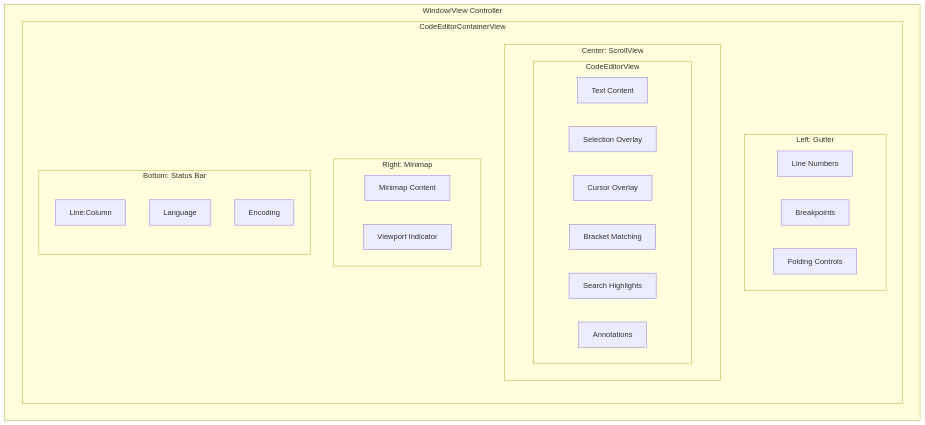
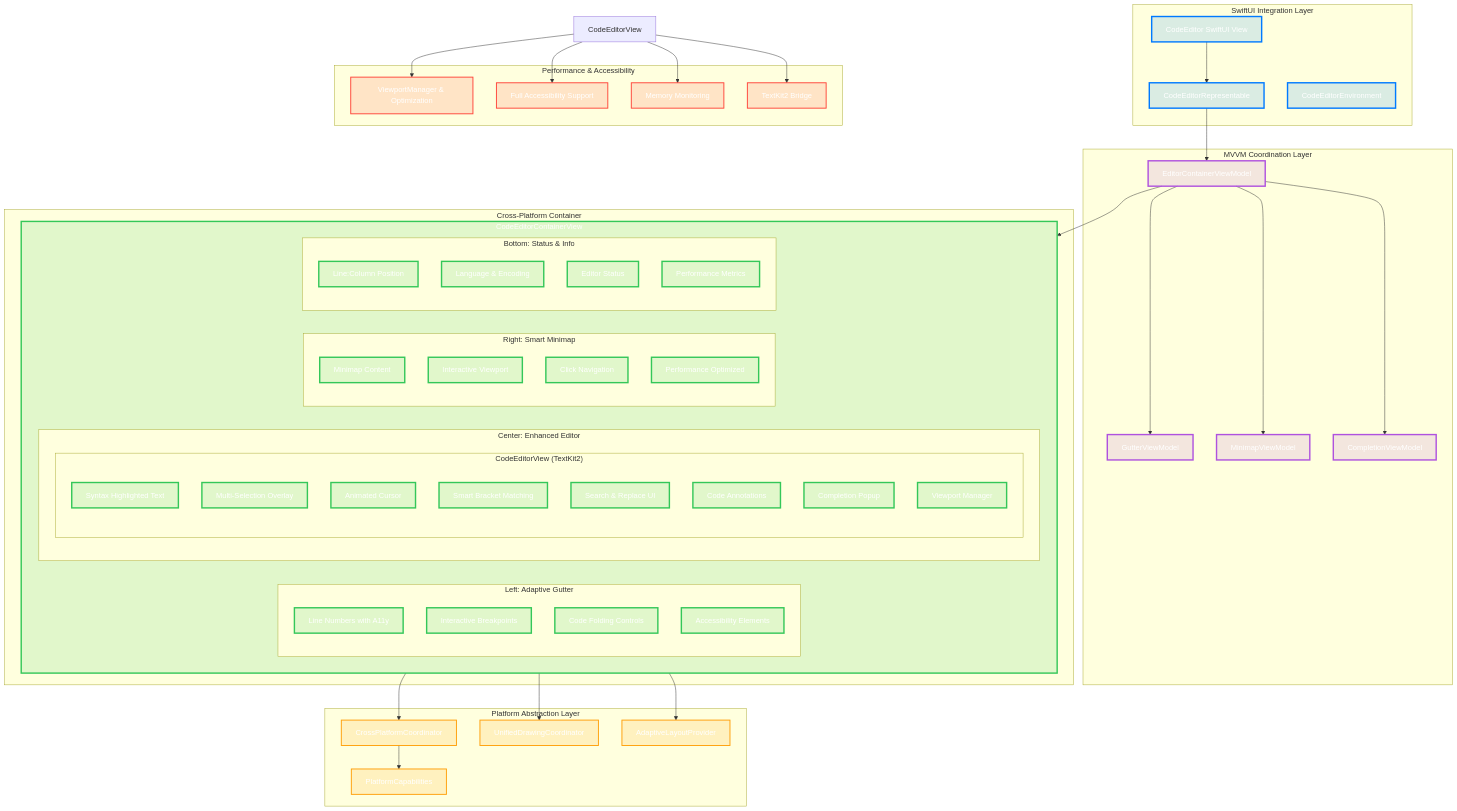
The second of 2 diagrams in Diagrams/10-ui-component-hierarchy.md (ajmcclary/CodeEditorKit), drawn with Mermaid before and after one commit. The commit also changed other lines of this file and 29 other files, not shown here.

First line of the commit message:
Enhance architecture documentation and add debugging integration

````diff
--- a/Diagrams/10-ui-component-hierarchy.md
+++ b/Diagrams/10-ui-component-hierarchy.md
@@ -222,41 +364,98 @@
 ```mermaid
 graph TB
-    subgraph "Window/View Controller"
+    subgraph "SwiftUI Integration Layer"
+        CE[CodeEditor SwiftUI View]
+        CER[CodeEditorRepresentable]
+        ENV[CodeEditorEnvironment]
+    end
+    
+    subgraph "MVVM Coordination Layer"
+        ECVM[EditorContainerViewModel]
+        GVM[GutterViewModel]
+        MVM[MinimapViewModel]
+        CVM[CompletionViewModel]
+    end
+    
+    subgraph "Cross-Platform Container"
         subgraph "CodeEditorContainerView"
-            subgraph "Left: Gutter"
-                LN[Line Numbers]
-                BP[Breakpoints]
-                FOLD[Folding Controls]
+            subgraph "Left: Adaptive Gutter"
+                LN[Line Numbers with A11y]
+                BP[Interactive Breakpoints]
+                FOLD[Code Folding Controls]
+                ACC[Accessibility Elements]
             end
             
-            subgraph "Center: ScrollView"
-                subgraph "CodeEditorView"
-                    TEXT[Text Content]
-                    SEL[Selection Overlay]
-                    CURSOR[Cursor Overlay]
-                    MATCH[Bracket Matching]
-                    SEARCH[Search Highlights]
-                    ANN[Annotations]
+            subgraph "Center: Enhanced Editor"
+                subgraph "CodeEditorView (TextKit2)"
+                    TEXT[Syntax Highlighted Text]
+                    SEL[Multi-Selection Overlay]
+                    CURSOR[Animated Cursor]
+                    MATCH[Smart Bracket Matching]
+                    SEARCH[Search & Replace UI]
+                    ANN[Code Annotations]
+                    COMP[Completion Popup]
+                    VIEWPORT[Viewport Manager]
                 end
             end
             
-            subgraph "Right: Minimap"
+            subgraph "Right: Smart Minimap"
                 MINI[Minimap Content]
-                VP[Viewport Indicator]
+                VP[Interactive Viewport]
+                NAV[Click Navigation]
+                PERF[Performance Optimized]
             end
             
-            subgraph "Bottom: Status Bar"
-                POS[Line:Column]
-                LANG[Language]
-                ENC[Encoding]
+            subgraph "Bottom: Status & Info"
+                POS[Line:Column Position]
+                LANG[Language & Encoding]
+                STATUS[Editor Status]
+                PERF_INDICATOR[Performance Metrics]
             end
         end
     end
+    
+    subgraph "Platform Abstraction Layer"
+        COORD[CrossPlatformCoordinator]
+        CAP[PlatformCapabilities]
+        DRAW[UnifiedDrawingCoordinator]
+        ADAPT[AdaptiveLayoutProvider]
+    end
+    
+    subgraph "Performance & Accessibility"
+        PERF_SYS[ViewportManager & Optimization]
+        A11Y[Full Accessibility Support]
+        MEM[Memory Monitoring]
+        TEXTKIT[TextKit2 Bridge]
+    end
 
-    %% Styling - Dark mode friendly colors
-    classDef container fill:#007AFF20,stroke:#007AFF,color:#1D1D1F
-    classDef gutter fill:#34C75920,stroke:#34C759,color:#1D1D1F
-    classDef editor fill:#AF52DE20,stroke:#AF52DE,color:#1D1D1F
-    classDef minimap fill:#007AFF20,stroke:#007AFF,color:#1D1D1F
-    classDef status fill:#8E8E9320,stroke:#8E8E93,color:#1D1D1F
+    %% Relationships
+    CE --> CER
+    CER --> ECVM
+    ECVM --> GVM
+    ECVM --> MVM
+    ECVM --> CVM
+    ECVM --> CodeEditorContainerView
+    
+    CodeEditorContainerView --> COORD
+    COORD --> CAP
+    CodeEditorContainerView --> DRAW
+    CodeEditorContainerView --> ADAPT
+    
+    CodeEditorView --> PERF_SYS
+    CodeEditorView --> A11Y
+    CodeEditorView --> MEM
+    CodeEditorView --> TEXTKIT
+
+    %% Styling - Enhanced modern theme
+    classDef swiftui fill:#007AFF25,stroke:#007AFF,stroke-width:3px,color:#FFFFFF
+    classDef mvvm fill:#AF52DE25,stroke:#AF52DE,stroke-width:3px,color:#FFFFFF
+    classDef container fill:#34C75925,stroke:#34C759,stroke-width:3px,color:#FFFFFF
+    classDef platform fill:#FF9F0A25,stroke:#FF9F0A,stroke-width:2px,color:#FFFFFF
+    classDef performance fill:#FF453A25,stroke:#FF453A,stroke-width:2px,color:#FFFFFF
+    
+    class CE,CER,ENV swiftui
+    class ECVM,GVM,MVM,CVM mvvm
+    class CodeEditorContainerView,LN,BP,FOLD,ACC,TEXT,SEL,CURSOR,MATCH,SEARCH,ANN,COMP,VIEWPORT,MINI,VP,NAV,PERF,POS,LANG,STATUS,PERF_INDICATOR container
+    class COORD,CAP,DRAW,ADAPT platform
+    class PERF_SYS,A11Y,MEM,TEXTKIT performance
 ```
````
